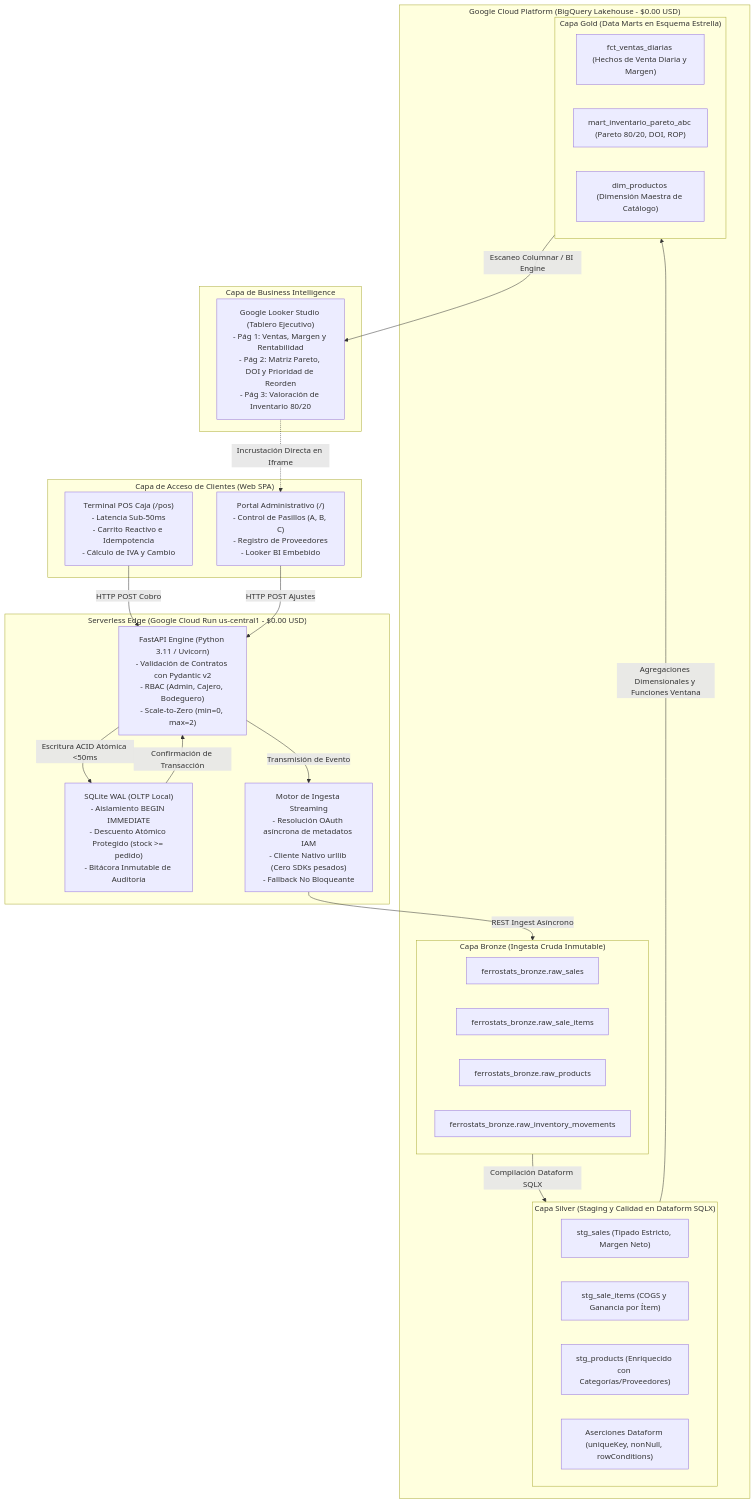
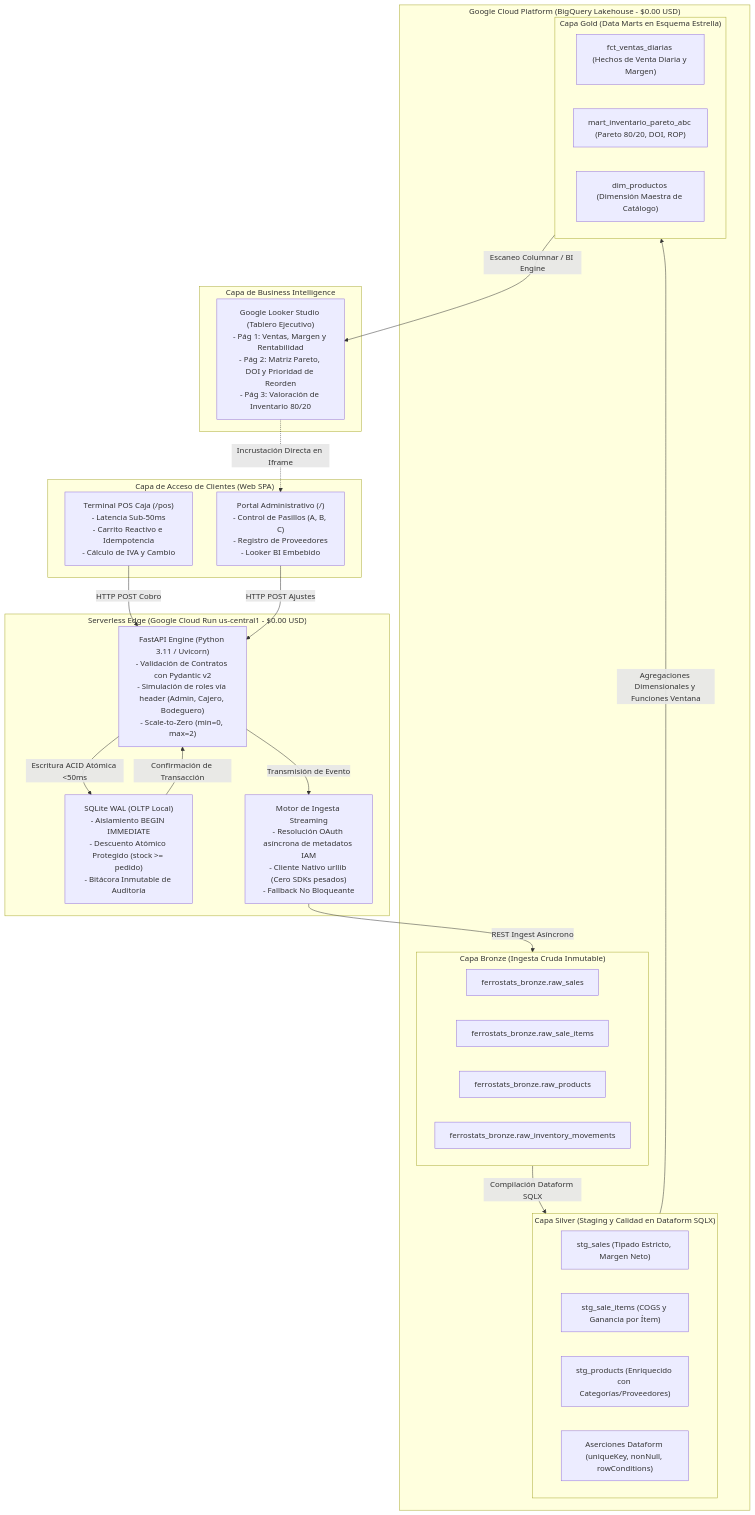
The diagram in README.es.md (bapatata688/Ferrostats), drawn with Mermaid before and after one commit. The commit also changed other lines of this file and 1 other file, not shown here.

````diff
--- a/README.es.md
+++ b/README.es.md
@@ -85,51 +88,51 @@
 ```mermaid
 flowchart TD
     subgraph CLIENT["Capa de Acceso de Clientes (Web SPA)"]
         UI_POS["Terminal POS Caja (/pos)\n- Latencia Sub-50ms\n- Carrito Reactivo e Idempotencia\n- Cálculo de IVA y Cambio"]
         UI_MGR["Portal Administrativo (/)\n- Control de Pasillos (A, B, C)\n- Registro de Proveedores\n- Looker BI Embebido"]
     end
 
     subgraph CLOUD_RUN["Serverless Edge (Google Cloud Run us-central1 - $0.00 USD)"]
-        FASTAPI["FastAPI Engine (Python 3.11 / Uvicorn)\n- Validación de Contratos con Pydantic v2\n- RBAC (Admin, Cajero, Bodeguero)\n- Scale-to-Zero (min=0, max=2)"]
+        FASTAPI["FastAPI Engine (Python 3.11 / Uvicorn)\n- Validación de Contratos con Pydantic v2\n- Simulación de roles vía header (Admin, Cajero, Bodeguero)\n- Scale-to-Zero (min=0, max=2)"]
         SQLITE["SQLite WAL (OLTP Local)\n- Aislamiento BEGIN IMMEDIATE\n- Descuento Atómico Protegido (stock >= pedido)\n- Bitácora Inmutable de Auditoría"]
         SYNC_ENGINE["Motor de Ingesta Streaming\n- Resolución OAuth asíncrona de metadatos IAM\n- Cliente Nativo urllib (Cero SDKs pesados)\n- Fallback No Bloqueante"]
     end
 
     subgraph GCP_DATA_PLATFORM["Google Cloud Platform (BigQuery Lakehouse - $0.00 USD)"]
         subgraph BRONZE["Capa Bronze (Ingesta Cruda Inmutable)"]
             BQ_RAW_SALES["ferrostats_bronze.raw_sales"]
             BQ_RAW_ITEMS["ferrostats_bronze.raw_sale_items"]
             BQ_RAW_PROD["ferrostats_bronze.raw_products"]
             BQ_RAW_MOV["ferrostats_bronze.raw_inventory_movements"]
         end
 
         subgraph SILVER["Capa Silver (Staging y Calidad en Dataform SQLX)"]
             DF_STG_SALES["stg_sales (Tipado Estricto, Margen Neto)"]
             DF_STG_ITEMS["stg_sale_items (COGS y Ganancia por Ítem)"]
             DF_STG_PROD["stg_products (Enriquecido con Categorías/Proveedores)"]
             DF_ASSERT["Aserciones Dataform (uniqueKey, nonNull, rowConditions)"]
         end
 
         subgraph GOLD["Capa Gold (Data Marts en Esquema Estrella)"]
             DM_SALES["fct_ventas_diarias (Hechos de Venta Diaria y Margen)"]
             DM_PARETO["mart_inventario_pareto_abc (Pareto 80/20, DOI, ROP)"]
             DM_PROD["dim_productos (Dimensión Maestra de Catálogo)"]
         end
     end
 
     subgraph BI_VIZ["Capa de Business Intelligence"]
         LOOKER["Google Looker Studio (Tablero Ejecutivo)\n- Pág 1: Ventas, Margen y Rentabilidad\n- Pág 2: Matriz Pareto, DOI y Prioridad de Reorden\n- Pág 3: Valoración de Inventario 80/20"]
     end
 
     UI_POS -->|HTTP POST Cobro| FASTAPI
     UI_MGR -->|HTTP POST Ajustes| FASTAPI
     FASTAPI -->|Escritura ACID Atómica <50ms| SQLITE
     SQLITE -->|Confirmación de Transacción| FASTAPI
     FASTAPI -->|Transmisión de Evento| SYNC_ENGINE
     SYNC_ENGINE -->|REST Ingest Asíncrono| BRONZE
 
     BRONZE -->|Compilación Dataform SQLX| SILVER
     SILVER -->|Agregaciones Dimensionales y Funciones Ventana| GOLD
     GOLD -->|Escaneo Columnar / BI Engine| LOOKER
     LOOKER -.->|Incrustación Directa en Iframe| UI_MGR
 ```
````
